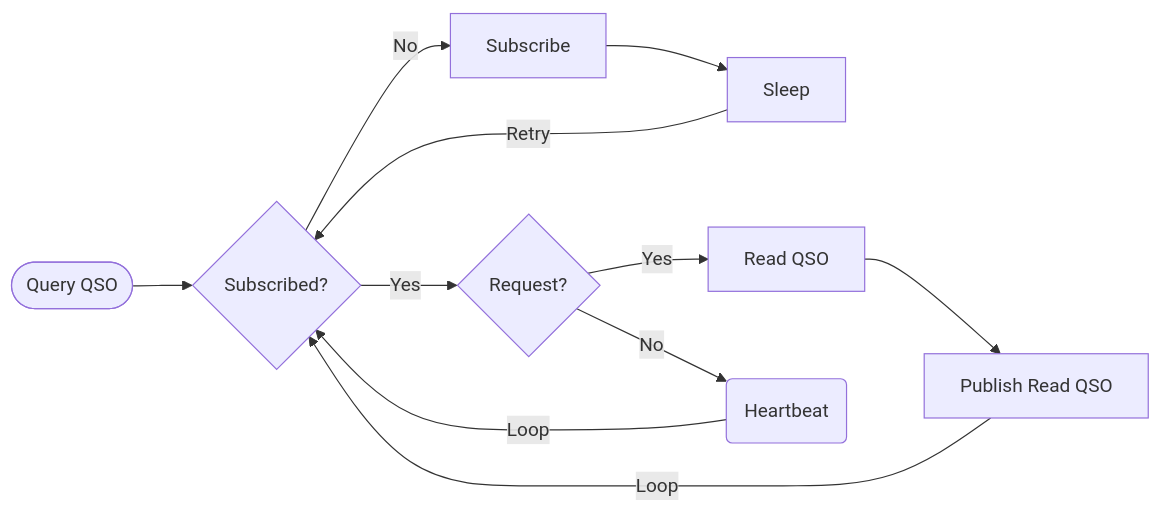
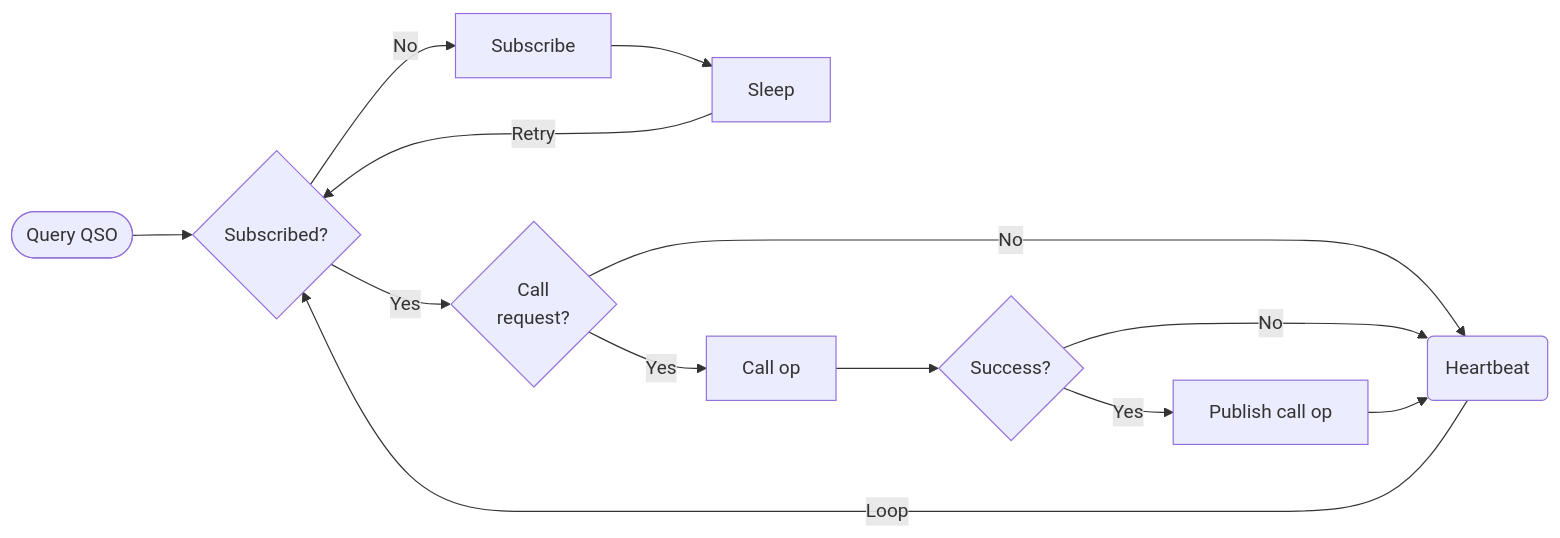
Before and after one commit to ckuhtz/ham: the fourth of 6 diagrams in doc/workflows.md, drawn with Mermaid. The commit also changed other lines of this file, not shown here.

````diff
--- a/doc/workflows.md
+++ b/doc/workflows.md
@@ -97,14 +148,16 @@
 ```mermaid
 flowchart LR;
     QueryQSO([Query QSO]);
     QueryQSO --> Subscribed0{Subscribed?};
-    Subscribed0 -->|Yes| Request0{Request?};
+    Subscribed0 -->|Yes| Request0{Call<br>request?};
     Subscribed0 -->|No| Subscribed1[Subscribe];
     Subscribed1 --> Sleep0[Sleep];
     Sleep0 -->|Retry| Subscribed0;
-    Request0 -->|Yes| ReadQSO0[Read QSO];
-    Request0 -->|No| Heartbeat(Heartbeat);
-    Heartbeat -->|Loop| Subscribed0;
-    ReadQSO0 --> Publish0[Publish Read QSO];
-    Publish0 -->|Loop| Subscribed0;    
+    Request0 -->|Yes| CallOp0[Call op];
+    Request0 -->|No| Heartbeat0(Heartbeat);
+    CallOp0 --> CallOp1{Success?};
+    CallOp1 -->|No| Heartbeat0;
+    CallOp1 -->|Yes| Publish0[Publish call op];
+    Publish0 --> Heartbeat0;
+    Heartbeat0 -->|Loop| Subscribed0;
 ```
````
